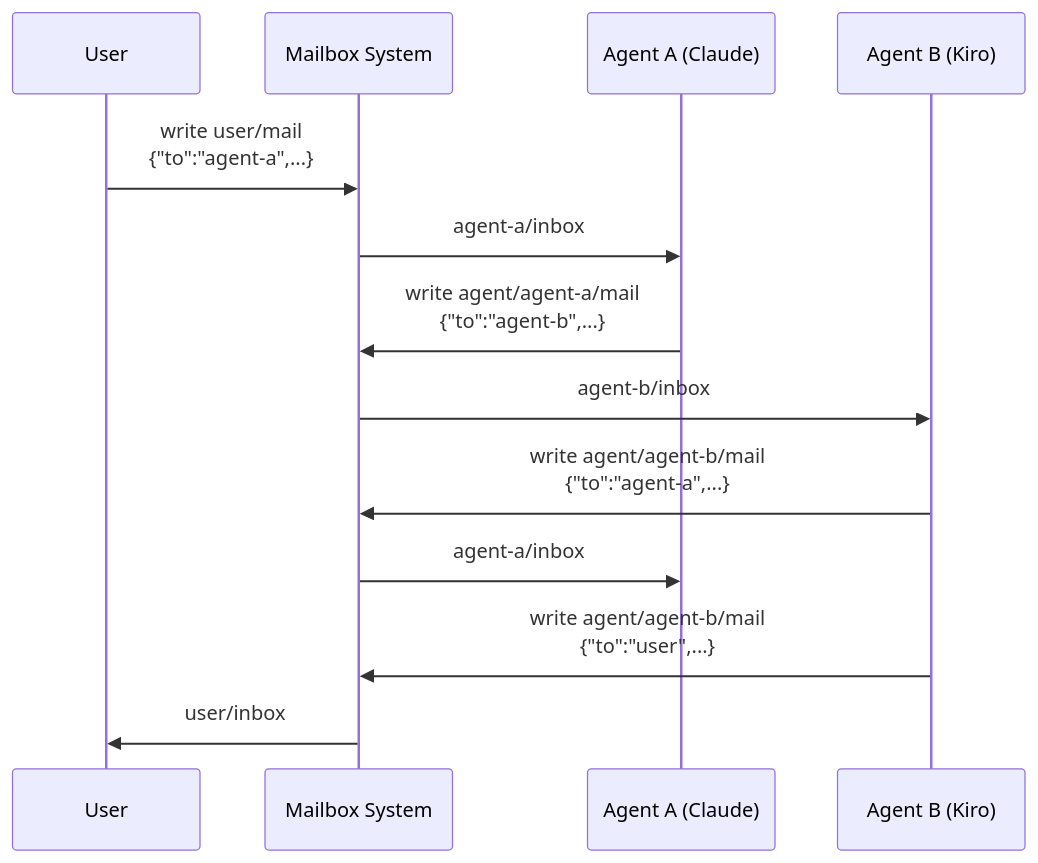
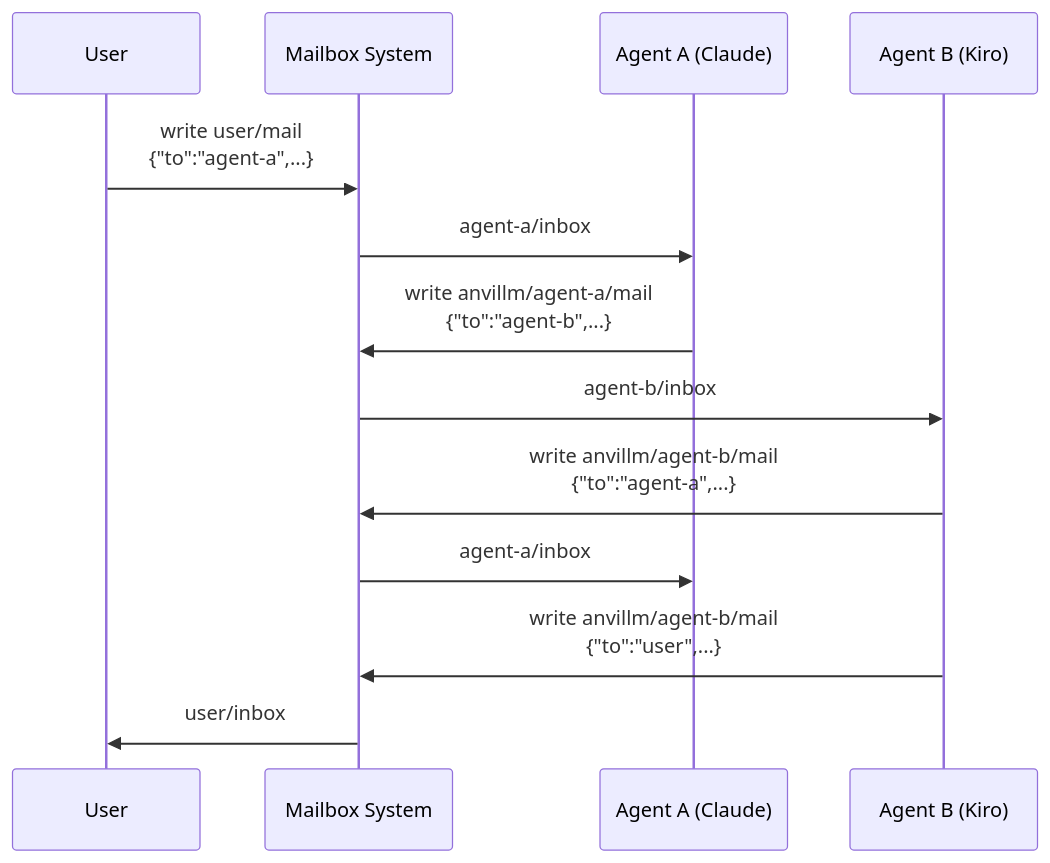
Before and after one commit to lneely/anvillm: the diagram in docs/diagrams/mailbox-flow.mmd, drawn with Mermaid. The commit also changed 87 other files, not shown here.

First line of the commit message:
rename 9P endpoint from 'agent' to 'anvillm'

```diff
--- a/docs/diagrams/mailbox-flow.mmd
+++ b/docs/diagrams/mailbox-flow.mmd
@@ -1,17 +1,17 @@
 sequenceDiagram
     participant User
     participant Mailbox as Mailbox System
     participant AgentA as Agent A (Claude)
     participant AgentB as Agent B (Kiro)
     
     User->>Mailbox: write user/mail<br/>{"to":"agent-a",...}
     Mailbox->>AgentA: agent-a/inbox
     
-    AgentA->>Mailbox: write agent/agent-a/mail<br/>{"to":"agent-b",...}
+    AgentA->>Mailbox: write anvillm/agent-a/mail<br/>{"to":"agent-b",...}
     Mailbox->>AgentB: agent-b/inbox
     
-    AgentB->>Mailbox: write agent/agent-b/mail<br/>{"to":"agent-a",...}
+    AgentB->>Mailbox: write anvillm/agent-b/mail<br/>{"to":"agent-a",...}
     Mailbox->>AgentA: agent-a/inbox
     
-    AgentB->>Mailbox: write agent/agent-b/mail<br/>{"to":"user",...}
+    AgentB->>Mailbox: write anvillm/agent-b/mail<br/>{"to":"user",...}
     Mailbox->>User: user/inbox
```
